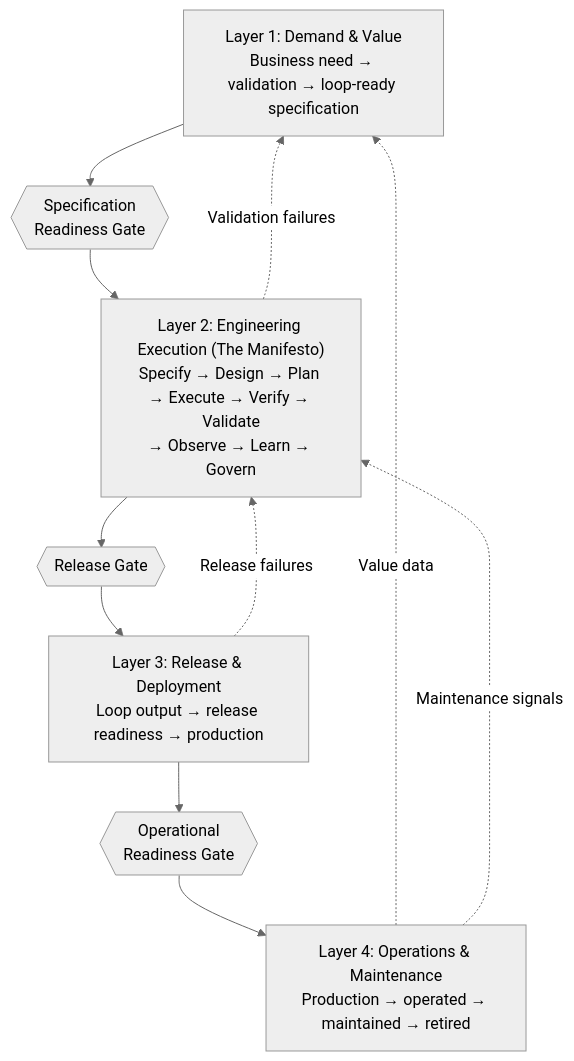
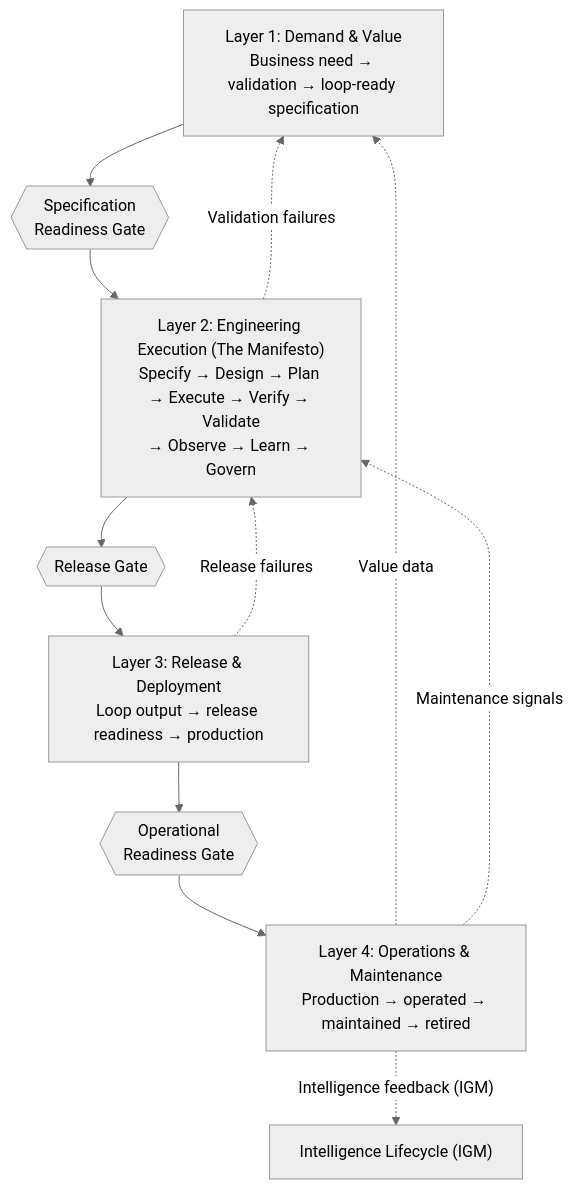
The diagram in asdlc.md (arnaudgelas/asdlc), drawn with Mermaid (neutral theme) before and after one commit. The commit also changed other lines of this file and 4 other files, not shown here.

````diff
--- a/asdlc.md
+++ b/asdlc.md
@@ -33,17 +33,18 @@
 ```mermaid
 flowchart TB
     L1["Layer 1: Demand & Value\nBusiness need → validation → loop-ready specification"]
     Gate1{{"Specification\nReadiness Gate"}}
     L2["Layer 2: Engineering Execution (The Manifesto)\nSpecify → Design → Plan → Execute → Verify → Validate\n→ Observe → Learn → Govern"]
     Gate2{{"Release Gate"}}
     L3["Layer 3: Release & Deployment\nLoop output → release readiness → production"]
     Gate3{{"Operational\nReadiness Gate"}}
     L4["Layer 4: Operations & Maintenance\nProduction → operated → maintained → retired"]
 
     L1 --> Gate1 --> L2 --> Gate2 --> L3 --> Gate3 --> L4
 
     L4 -.->|"Value data"| L1
     L4 -.->|"Maintenance signals"| L2
+    L4 -.->|"Intelligence feedback (IGM)"| IGM["Intelligence Lifecycle (IGM)"]
     L3 -.->|"Release failures"| L2
     L2 -.->|"Validation failures"| L1
 ```
````
